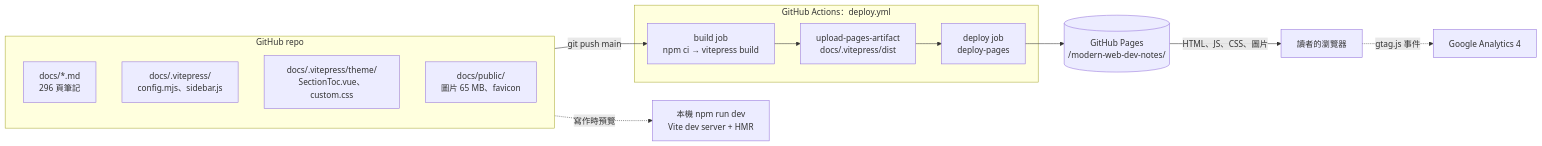
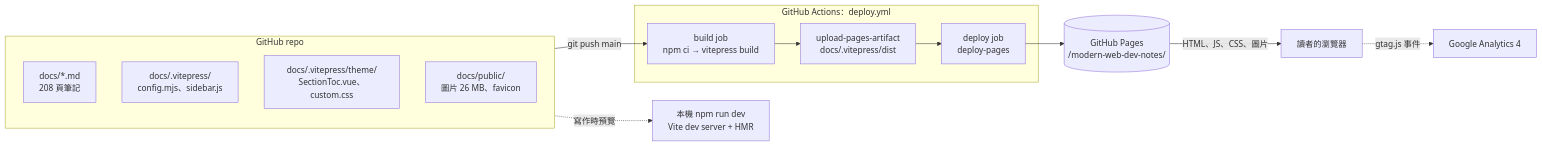
One commit to Zhang-RenWen/modern-web-dev-notes changed the first of 3 diagrams in ARCHITECTURE.md. Above: the diagram before and after it, drawn with Mermaid. The commit also changed other lines of this file and 367 other files, not shown here.

````diff
--- a/ARCHITECTURE.md
+++ b/ARCHITECTURE.md
@@ -34,27 +34,27 @@
 ```mermaid
 flowchart LR
   subgraph repo["GitHub repo"]
-    md["docs/*.md<br/>296 頁筆記"]
+    md["docs/*.md<br/>208 頁筆記"]
     cfg["docs/.vitepress/<br/>config.mjs、sidebar.js"]
     theme["docs/.vitepress/theme/<br/>SectionToc.vue、custom.css"]
-    pub["docs/public/<br/>圖片 65 MB、favicon"]
+    pub["docs/public/<br/>圖片 26 MB、favicon"]
   end
 
   dev["本機 npm run dev<br/>Vite dev server + HMR"]
 
   subgraph ci["GitHub Actions：deploy.yml"]
     build["build job<br/>npm ci → vitepress build"]
     upload["upload-pages-artifact<br/>docs/.vitepress/dist"]
     deploy["deploy job<br/>deploy-pages"]
   end
 
   pages[("GitHub Pages<br/>/modern-web-dev-notes/")]
   browser["讀者的瀏覽器"]
   ga["Google Analytics 4"]
 
   repo -.->|寫作時預覽| dev
   repo -->|git push main| build
   build --> upload --> deploy --> pages
   pages -->|HTML、JS、CSS、圖片| browser
   browser -.->|gtag.js 事件| ga
 ```
````
